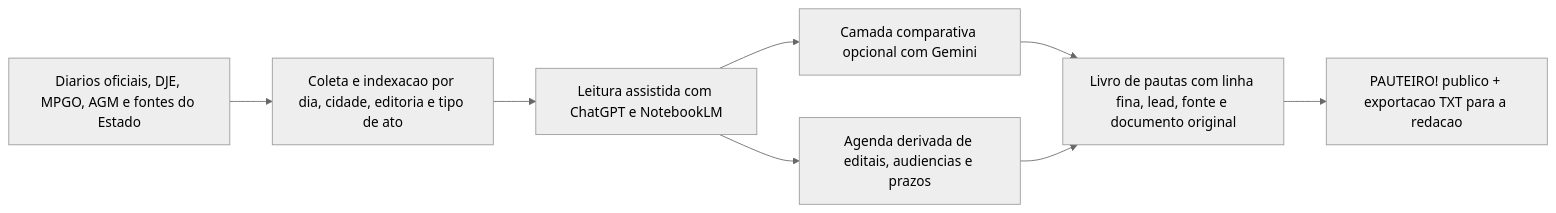
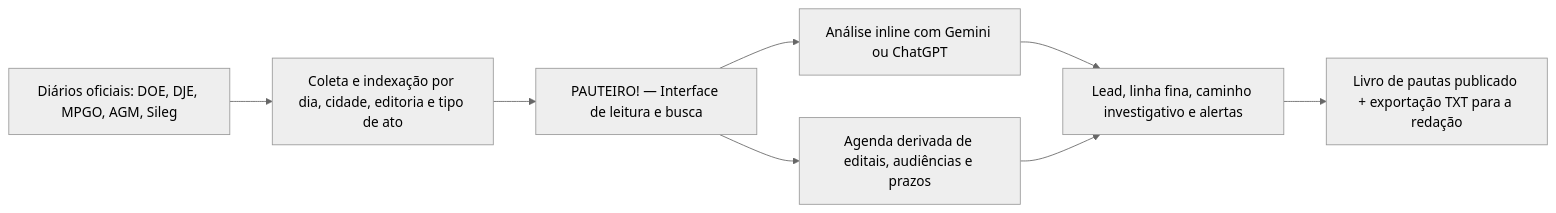
Before and after one commit to Gruprodigi/radar-diarios-goias: the diagram in README.md, drawn with Mermaid (neutral theme). The commit also changed other lines of this file, not shown here.

Commit message:
docs: README reescrito com detalhes completos da integracao de IA e gerenciador de coberturas

````diff
--- a/README.md
+++ b/README.md
@@ -29,10 +147,10 @@
 ```mermaid
 flowchart LR
-  A["Diarios oficiais, DJE, MPGO, AGM e fontes do Estado"] --> B["Coleta e indexacao por dia, cidade, editoria e tipo de ato"]
-  B --> C["Leitura assistida com ChatGPT e NotebookLM"]
-  C --> D["Camada comparativa opcional com Gemini"]
-  C --> E["Agenda derivada de editais, audiencias e prazos"]
-  D --> F["Livro de pautas com linha fina, lead, fonte e documento original"]
+  A["Diários oficiais: DOE, DJE, MPGO, AGM, Sileg"] --> B["Coleta e indexação por dia, cidade, editoria e tipo de ato"]
+  B --> C["PAUTEIRO! — Interface de leitura e busca"]
+  C --> D["Análise inline com Gemini ou ChatGPT"]
+  C --> E["Agenda derivada de editais, audiências e prazos"]
+  D --> F["Lead, linha fina, caminho investigativo e alertas"]
   E --> F
-  F --> G["PAUTEIRO! publico + exportacao TXT para a redacao"]
+  F --> G["Livro de pautas publicado + exportação TXT para a redação"]
 ```
````
